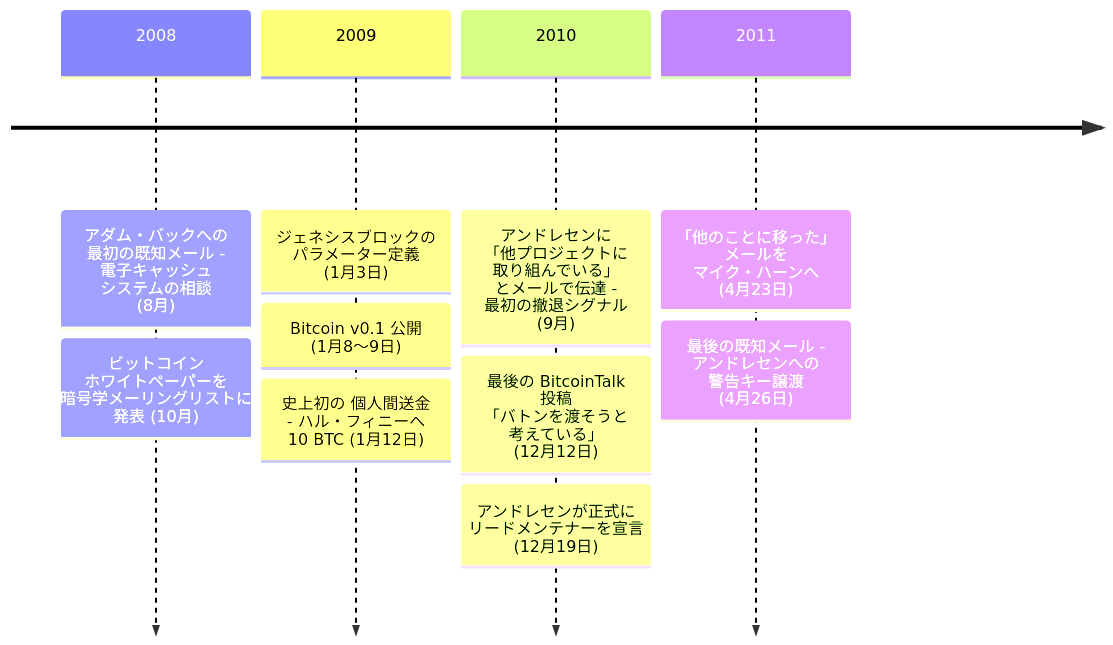
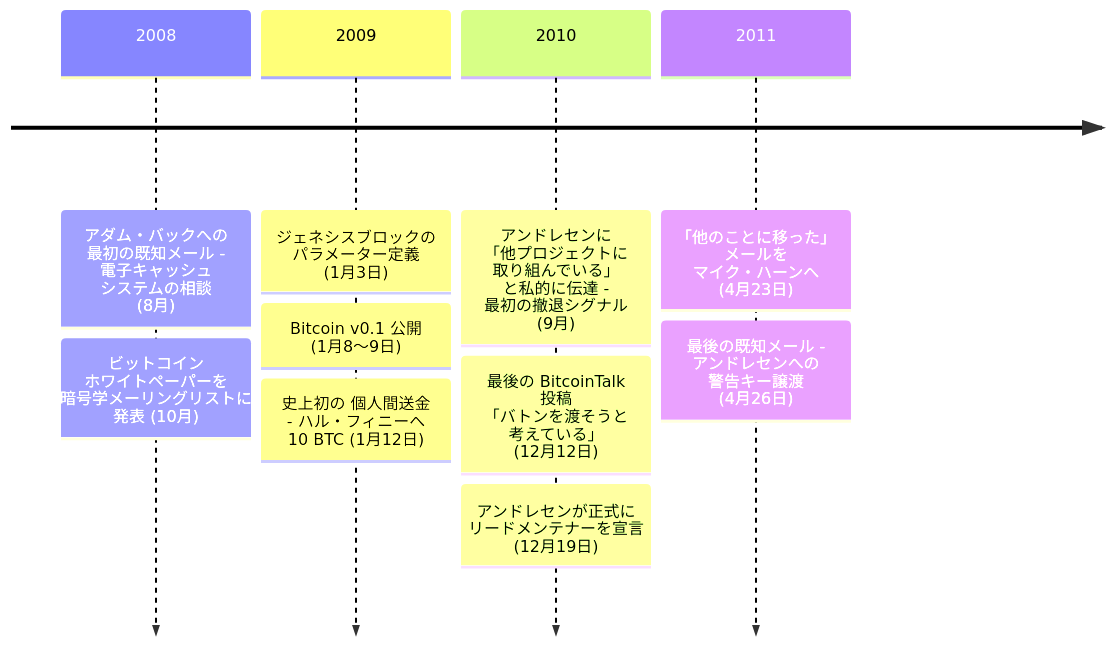
Before and after one commit to cypher256/BitcoinArchive: the diagram in src/data/translations/ja/aftermath/2008-10-31-satoshi-nakamoto-biography.md, drawn with Mermaid. The commit also changed 28 other files, not shown here.

````diff
--- a/src/data/translations/ja/aftermath/2008-10-31-satoshi-nakamoto-biography.md
+++ b/src/data/translations/ja/aftermath/2008-10-31-satoshi-nakamoto-biography.md
@@ -67,23 +67,23 @@
 ```mermaid
 timeline
     2008 : アダム・バックへの 最初の既知メール - 電子キャッシュ システムの相談 (8月)
     %% link: /BitcoinArchive/ja/entries/aftermath/2008-08-20-satoshi-to-adam-back/
          : ビットコイン ホワイトペーパーを 暗号学メーリングリストに 発表 (10月)
     %% link: /BitcoinArchive/ja/entries/emails/cryptography/bitcoin-p2p-e-cash-paper/2008-10-31-bitcoin-p2p-e-cash-paper/
     2009 : ジェネシスブロックの パラメーター定義 (1月3日)
     %% link: /BitcoinArchive/ja/entries/aftermath/2009-01-03-genesis-block/
          : Bitcoin v0.1 公開 (1月8〜9日)
     %% link: /BitcoinArchive/ja/entries/aftermath/2009-01-09-bitcoin-v01-released/
          : 史上初の 個人間送金 - ハル・フィニーへ 10 BTC (1月12日)
     %% link: /BitcoinArchive/ja/entries/aftermath/2009-01-12-first-bitcoin-transaction/
-    2010 : アンドレセンに 「他プロジェクトに 取り組んでいる」 とメールで伝達 - 最初の撤退シグナル (9月)
+    2010 : アンドレセンに 「他プロジェクトに 取り組んでいる」 と私的に伝達 - 最初の撤退シグナル (9月)
     %% link: /BitcoinArchive/ja/entries/aftermath/2010-09-01-satoshi-andresen-other-projects-notice/
          : 最後の BitcoinTalk 投稿 「バトンを渡そうと 考えている」 (12月12日)
     %% link: /BitcoinArchive/ja/entries/forum/bitcointalk/topic-2228/2010-12-12-satoshi-final-post/
          : アンドレセンが正式に リードメンテナーを宣言 (12月19日)
     %% link: /BitcoinArchive/ja/entries/aftermath/2010-12-19-andresen-lead-maintainer-announcement/
     2011 : 「他のことに移った」 メールを マイク・ハーンへ (4月23日)
     %% link: /BitcoinArchive/ja/entries/correspondence/mike-hearn/holding-coins/2011-04-23-satoshi-to-hearn-moved-on/
          : 最後の既知メール - アンドレセンへの 警告キー譲渡 (4月26日)
     %% link: /BitcoinArchive/ja/entries/aftermath/2011-04-26-satoshi-to-andresen-alert-key/
 ```
````
